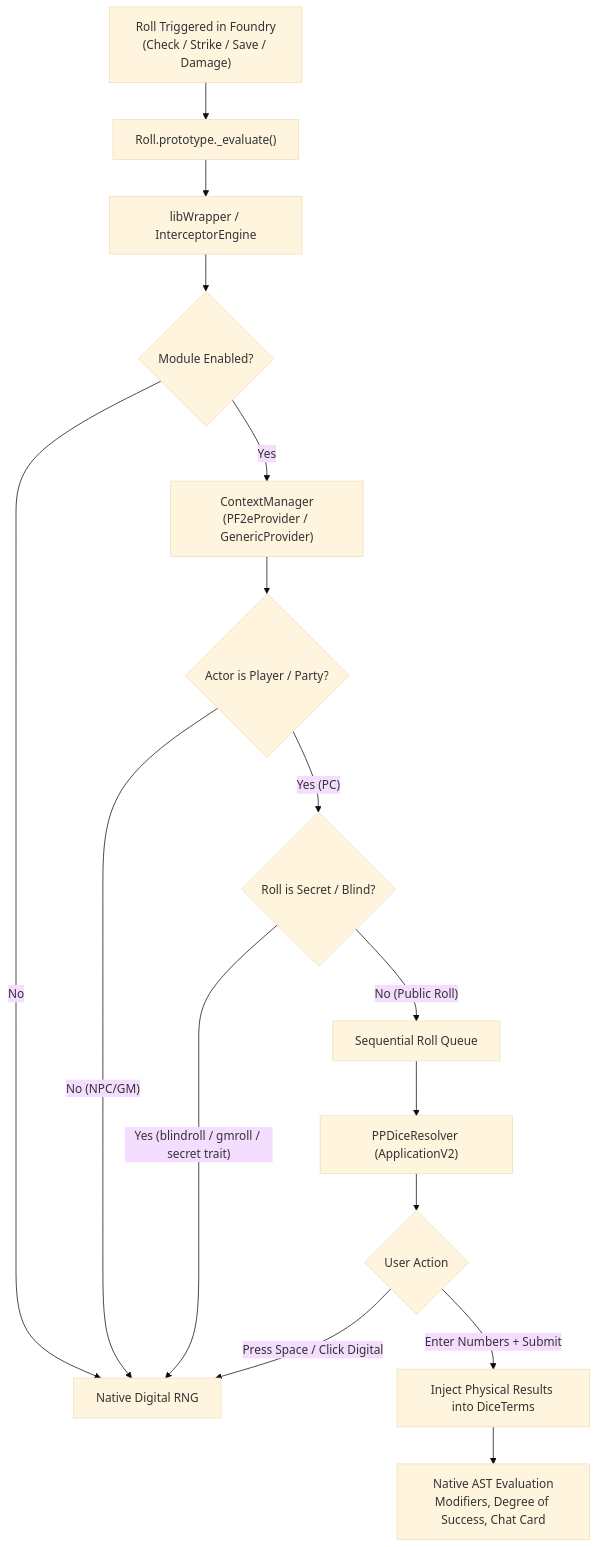
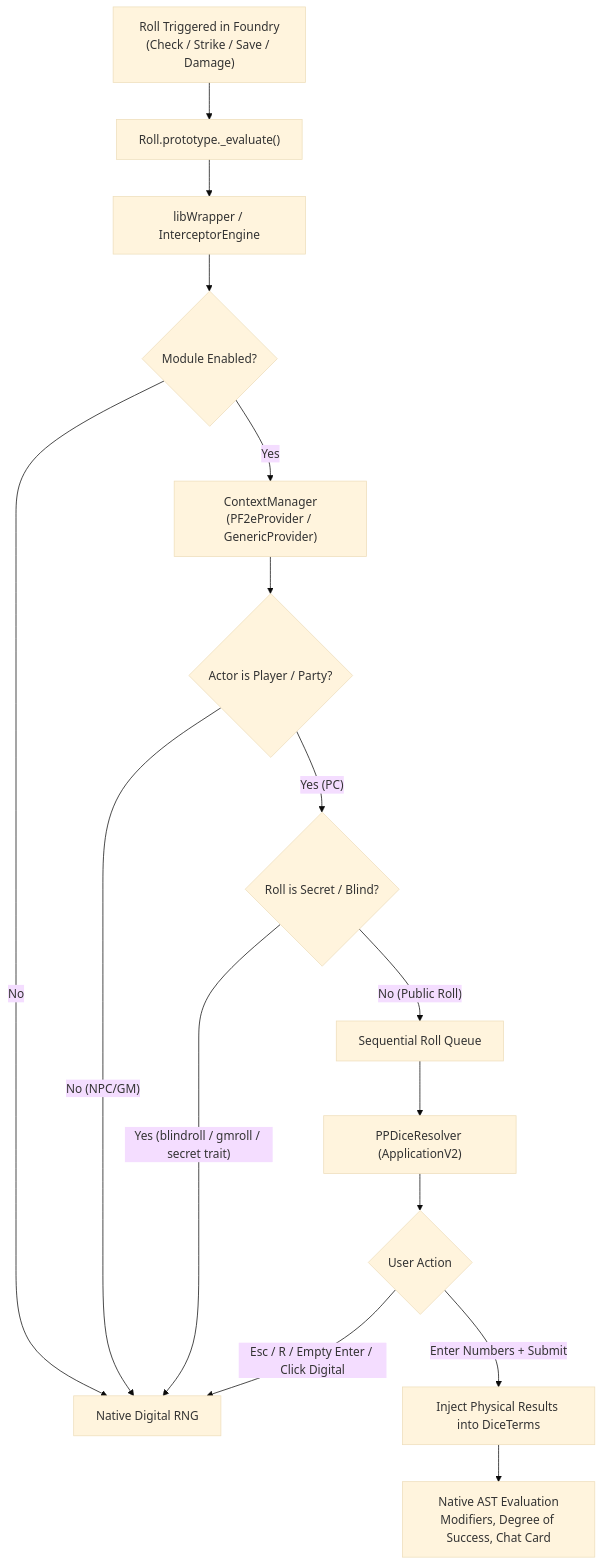
The diagram in docs/design/architecture.md (ynsta/pp-dice), drawn with Mermaid (base theme) before and after one commit. The commit also changed other lines of this file and 12 other files, not shown here.

````diff
--- a/docs/design/architecture.md
+++ b/docs/design/architecture.md
@@ -7,18 +7,18 @@
 ```mermaid
 flowchart TD
     Trigger["Roll Triggered in Foundry\n(Check / Strike / Save / Damage)"] --> Eval["Roll.prototype._evaluate()"]
     Eval --> Hook["libWrapper / InterceptorEngine"]
     Hook --> CheckActive{"Module Enabled?"}
     CheckActive -- No --> RNG["Native Digital RNG"]
     CheckActive -- Yes --> Ctx["ContextManager\n(PF2eProvider / GenericProvider)"]
     Ctx --> CheckPlayer{"Actor is Player / Party?"}
     CheckPlayer -- "No (NPC/GM)" --> RNG
     CheckPlayer -- "Yes (PC)" --> CheckSecret{"Roll is Secret / Blind?"}
     CheckSecret -- "Yes (blindroll / gmroll / secret trait)" --> RNG
     CheckSecret -- "No (Public Roll)" --> Queue["Sequential Roll Queue"]
     Queue --> Resolver["PPDiceResolver (ApplicationV2)"]
     Resolver --> Choice{"User Action"}
     Choice -- "Enter Numbers + Submit" --> Inject["Inject Physical Results into DiceTerms"]
-    Choice -- "Press Space / Click Digital" --> RNG
+    Choice -- "Esc / R / Empty Enter / Click Digital" --> RNG
     Inject --> Finalize["Native AST Evaluation\nModifiers, Degree of Success, Chat Card"]
 ```
````
